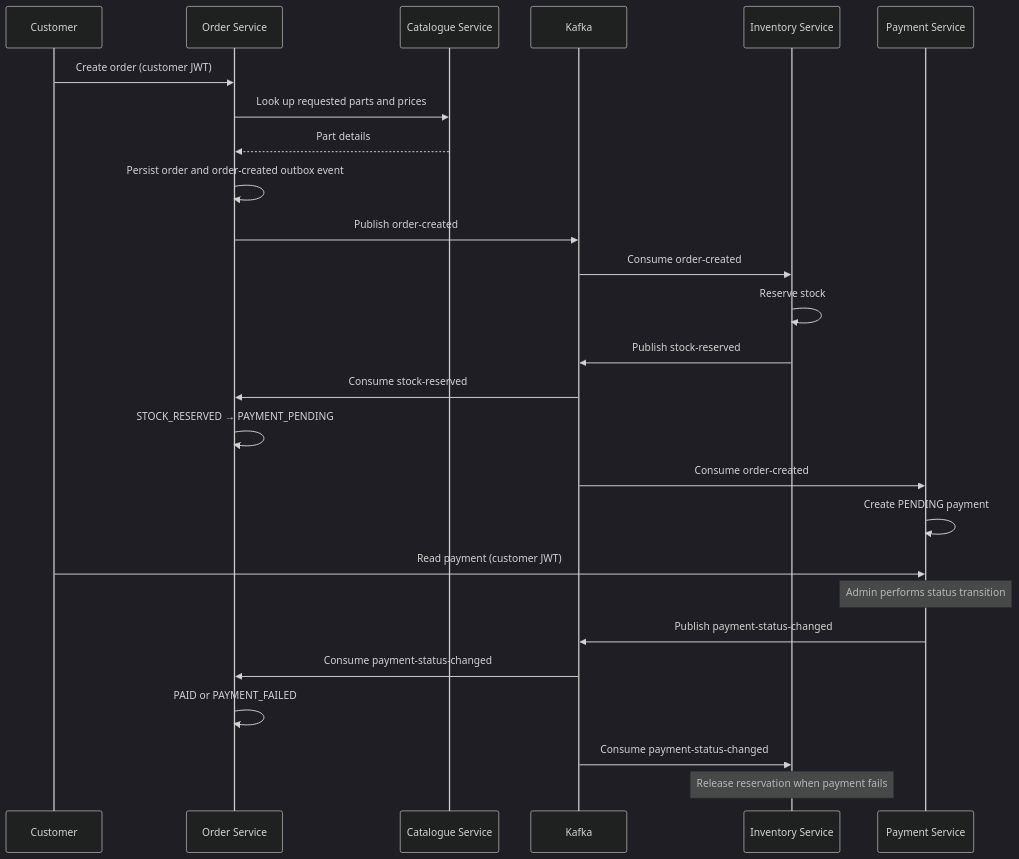
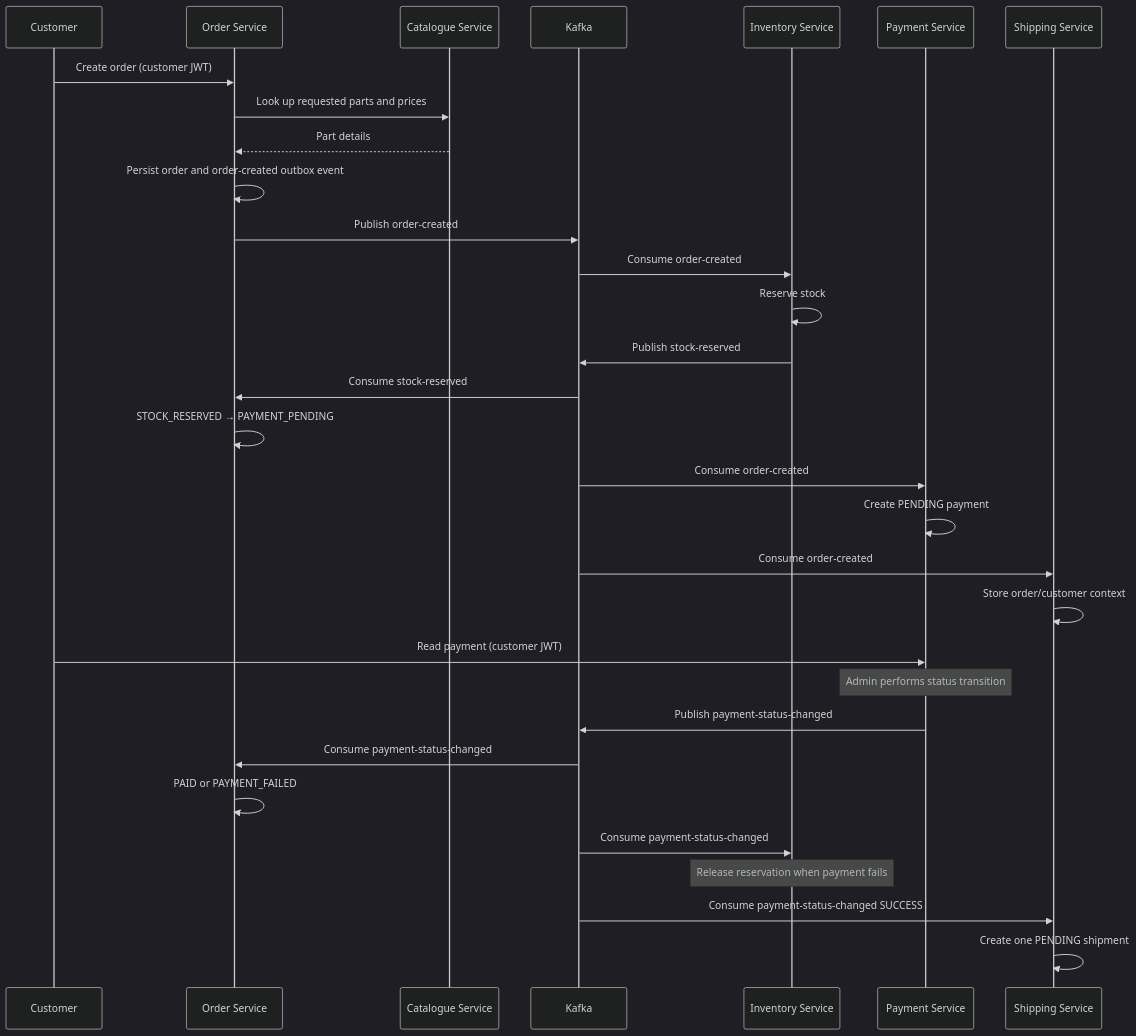
Before and after one commit to tadiwanashe-mashongwa/sparelink-platform: the first of 6 diagrams in docs/architecture.md, drawn with Mermaid (dark theme). The commit also changed other lines of this file and 1 other file, not shown here.

Commit message:
docs: include shipping in platform architecture

````diff
--- a/docs/architecture.md
+++ b/docs/architecture.md
@@ -5,29 +5,34 @@
 ```mermaid
 sequenceDiagram
     participant Customer
     participant Order as Order Service
     participant Catalogue as Catalogue Service
     participant Kafka
     participant Inventory as Inventory Service
     participant Payment as Payment Service
+    participant Shipping as Shipping Service
 
     Customer->>Order: Create order (customer JWT)
     Order->>Catalogue: Look up requested parts and prices
     Catalogue-->>Order: Part details
     Order->>Order: Persist order and order-created outbox event
     Order->>Kafka: Publish order-created
     Kafka->>Inventory: Consume order-created
     Inventory->>Inventory: Reserve stock
     Inventory->>Kafka: Publish stock-reserved
     Kafka->>Order: Consume stock-reserved
     Order->>Order: STOCK_RESERVED → PAYMENT_PENDING
     Kafka->>Payment: Consume order-created
     Payment->>Payment: Create PENDING payment
+    Kafka->>Shipping: Consume order-created
+    Shipping->>Shipping: Store order/customer context
     Customer->>Payment: Read payment (customer JWT)
     Note over Payment: Admin performs status transition
     Payment->>Kafka: Publish payment-status-changed
     Kafka->>Order: Consume payment-status-changed
     Order->>Order: PAID or PAYMENT_FAILED
     Kafka->>Inventory: Consume payment-status-changed
     Note over Inventory: Release reservation when payment fails
+    Kafka->>Shipping: Consume payment-status-changed SUCCESS
+    Shipping->>Shipping: Create one PENDING shipment
 ```
````
